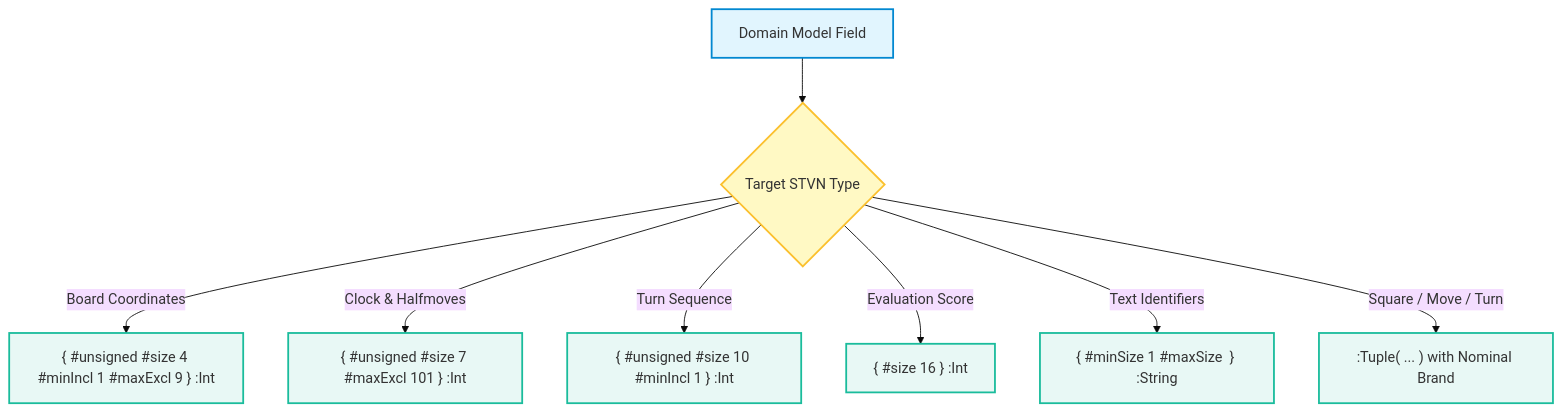
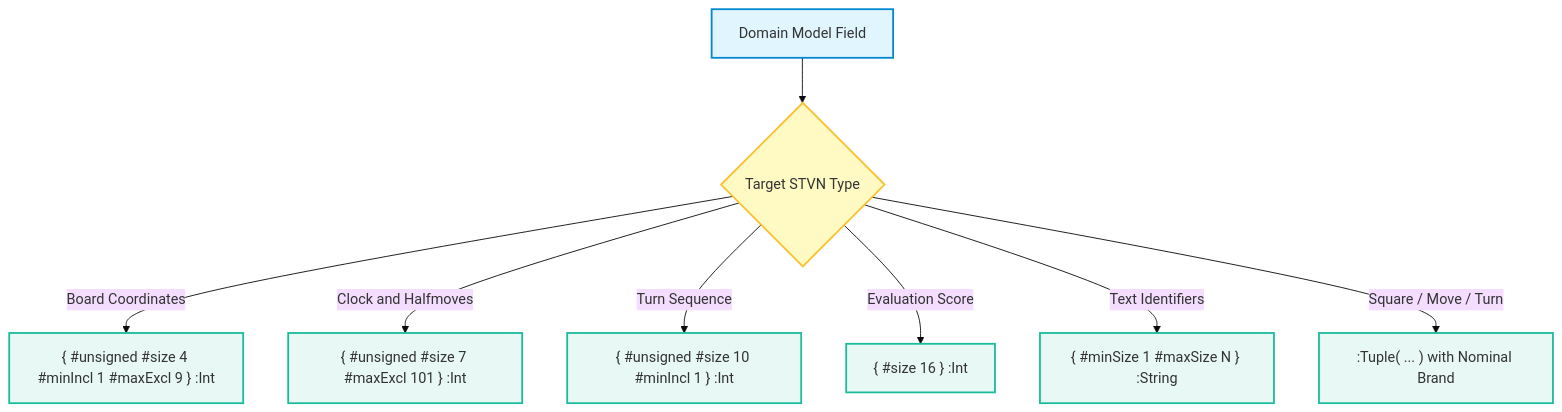
Before and after one commit to chaotic3quilibrium/stvnadore-app-showcase-chess: the second of 3 diagrams in docs/architecture/STVN_CHESS_SHOWCASE_SPEC.md, drawn with Mermaid (base theme). The commit also changed other lines of this file and 20 other files, not shown here.

````diff
--- a/docs/architecture/STVN_CHESS_SHOWCASE_SPEC.md
+++ b/docs/architecture/STVN_CHESS_SHOWCASE_SPEC.md
@@ -45,15 +45,15 @@
 ```mermaid
 flowchart TD
     classDef domain fill:#E1F5FE,stroke:#0288D1,stroke-width:2px;
     classDef stvn fill:#E8F8F5,stroke:#1ABC9C,stroke-width:2px;
     classDef facet fill:#FFF9C4,stroke:#FBC02D,stroke-width:2px;
 
     Sub["Domain Model Field"]:::domain --> Target{"Target STVN Type"}:::facet
 
     Target -- "Board Coordinates" --> C1["{ #unsigned #size 4 #minIncl 1 #maxExcl 9 } :Int"]:::stvn
-    Target -- "Clock & Halfmoves" --> C2["{ #unsigned #size 7 #maxExcl 101 } :Int"]:::stvn
+    Target -- "Clock and Halfmoves" --> C2["{ #unsigned #size 7 #maxExcl 101 } :Int"]:::stvn
     Target -- "Turn Sequence" --> C3["{ #unsigned #size 10 #minIncl 1 } :Int"]:::stvn
     Target -- "Evaluation Score" --> C4["{ #size 16 } :Int"]:::stvn
-    Target -- "Text Identifiers" --> C5["{ #minSize 1 #maxSize <N> } :String"]:::stvn
+    Target -- "Text Identifiers" --> C5["{ #minSize 1 #maxSize N } :String"]:::stvn
     Target -- "Square / Move / Turn" --> C6[":Tuple( ... ) with Nominal Brand"]:::stvn
 ```
````
